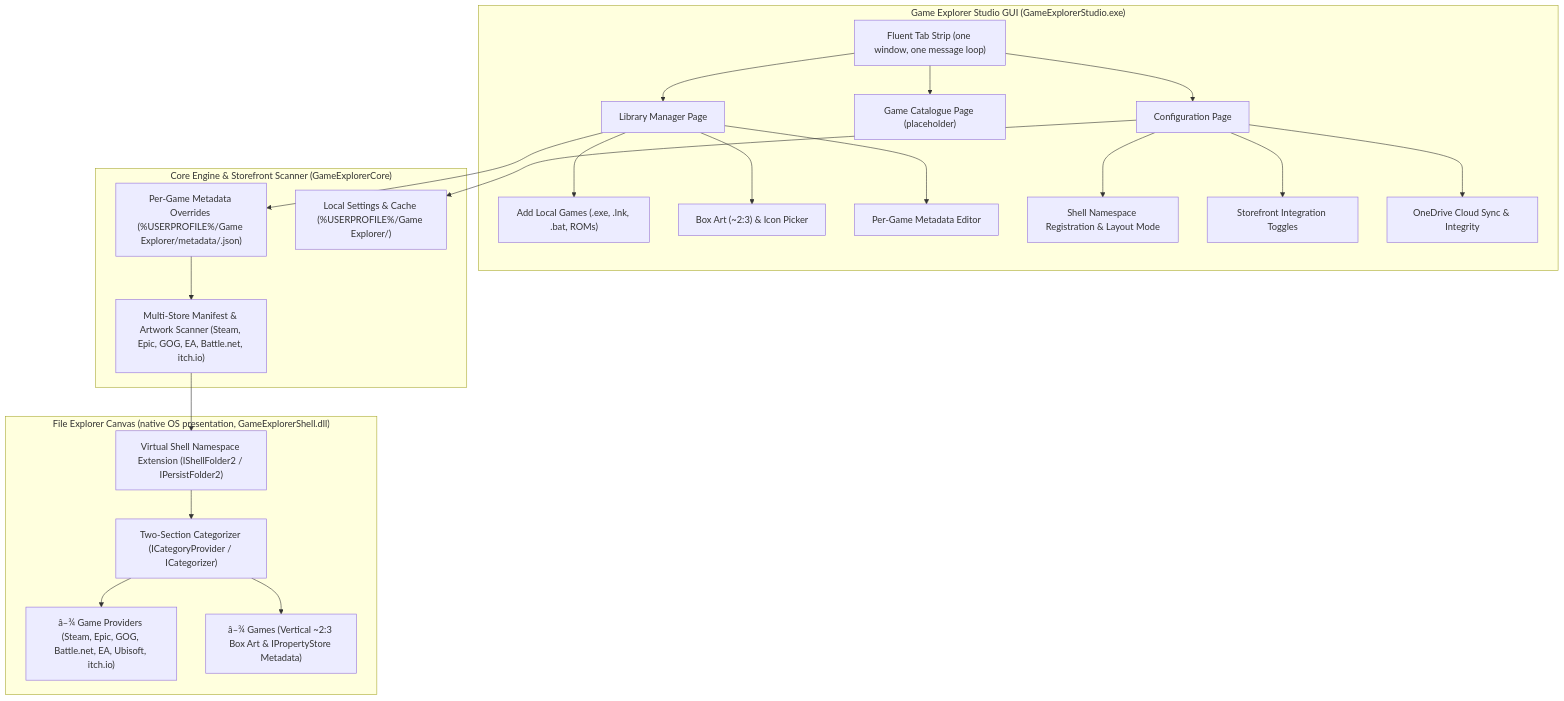
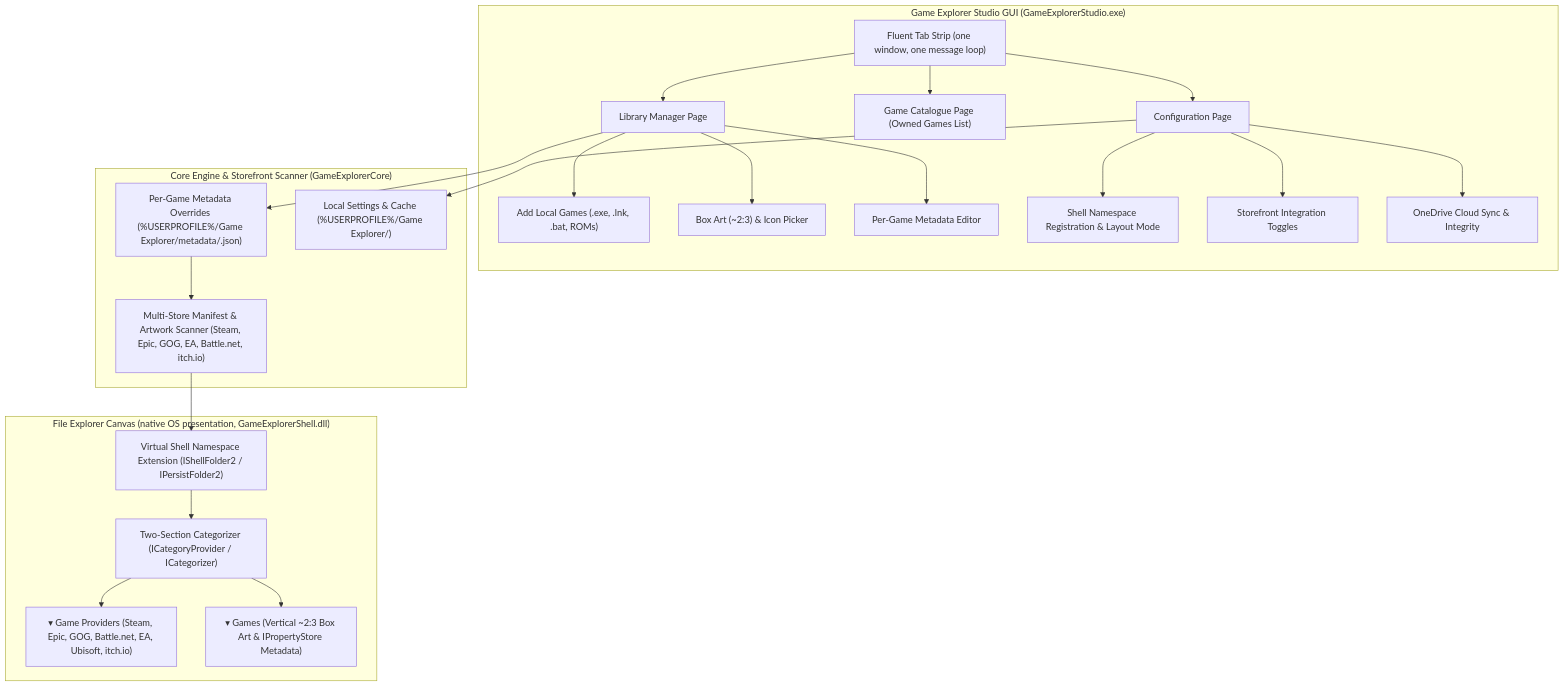
One commit to HELIX-Origin/windows-game-explorer changed the diagram in .agents/skills/architecture.md. Above: the diagram before and after it, drawn with Mermaid. The commit also changed other lines of this file and 6 other files, not shown here.

````diff
--- a/.agents/skills/architecture.md
+++ b/.agents/skills/architecture.md
@@ -12,45 +12,45 @@
 ```mermaid
 flowchart TD
     subgraph Explorer["File Explorer Canvas (native OS presentation, GameExplorerShell.dll)"]
         NSE["Virtual Shell Namespace Extension (IShellFolder2 / IPersistFolder2)"]
         Cat["Two-Section Categorizer (ICategoryProvider / ICategorizer)"]
-        Sec1["â–¾ Game Providers (Steam, Epic, GOG, Battle.net, EA, Ubisoft, itch.io)"]
-        Sec2["â–¾ Games (Vertical ~2:3 Box Art & IPropertyStore Metadata)"]
+        Sec1["▾ Game Providers (Steam, Epic, GOG, Battle.net, EA, Ubisoft, itch.io)"]
+        Sec2["▾ Games (Vertical ~2:3 Box Art & IPropertyStore Metadata)"]
     end
 
     subgraph StudioApp["Game Explorer Studio GUI (GameExplorerStudio.exe)"]
         TabStrip["Fluent Tab Strip (one window, one message loop)"]
         Manager["Library Manager Page"]
         LocalAdd["Add Local Games (.exe, .lnk, .bat, ROMs)"]
         ArtPicker["Box Art (~2:3) & Icon Picker"]
         MetaEditor["Per-Game Metadata Editor"]
-        Catalogue["Game Catalogue Page (placeholder)"]
+        Catalogue["Game Catalogue Page (Owned Games List)"]
         Win32Config["Configuration Page"]
         ShellToggle["Shell Namespace Registration & Layout Mode"]
         StoreToggle["Storefront Integration Toggles"]
         CloudSettings["OneDrive Cloud Sync & Integrity"]
         TabStrip --> Manager
         TabStrip --> Catalogue
         TabStrip --> Win32Config
         Manager --> LocalAdd
         Manager --> ArtPicker
         Manager --> MetaEditor
         Win32Config --> ShellToggle
         Win32Config --> StoreToggle
         Win32Config --> CloudSettings
     end
 
     subgraph CoreEngine["Core Engine & Storefront Scanner (GameExplorerCore)"]
         Scanner["Multi-Store Manifest & Artwork Scanner (Steam, Epic, GOG, EA, Battle.net, itch.io)"]
         MetaJSON["Per-Game Metadata Overrides (%USERPROFILE%/Game Explorer/metadata/<appId>.json)"]
         DB["Local Settings & Cache (%USERPROFILE%/Game Explorer/)"]
     end
 
     Scanner --> NSE
     MetaJSON --> Scanner
     Manager --> MetaJSON
     Win32Config --> DB
     NSE --> Cat
     Cat --> Sec1
     Cat --> Sec2
 ```
````
